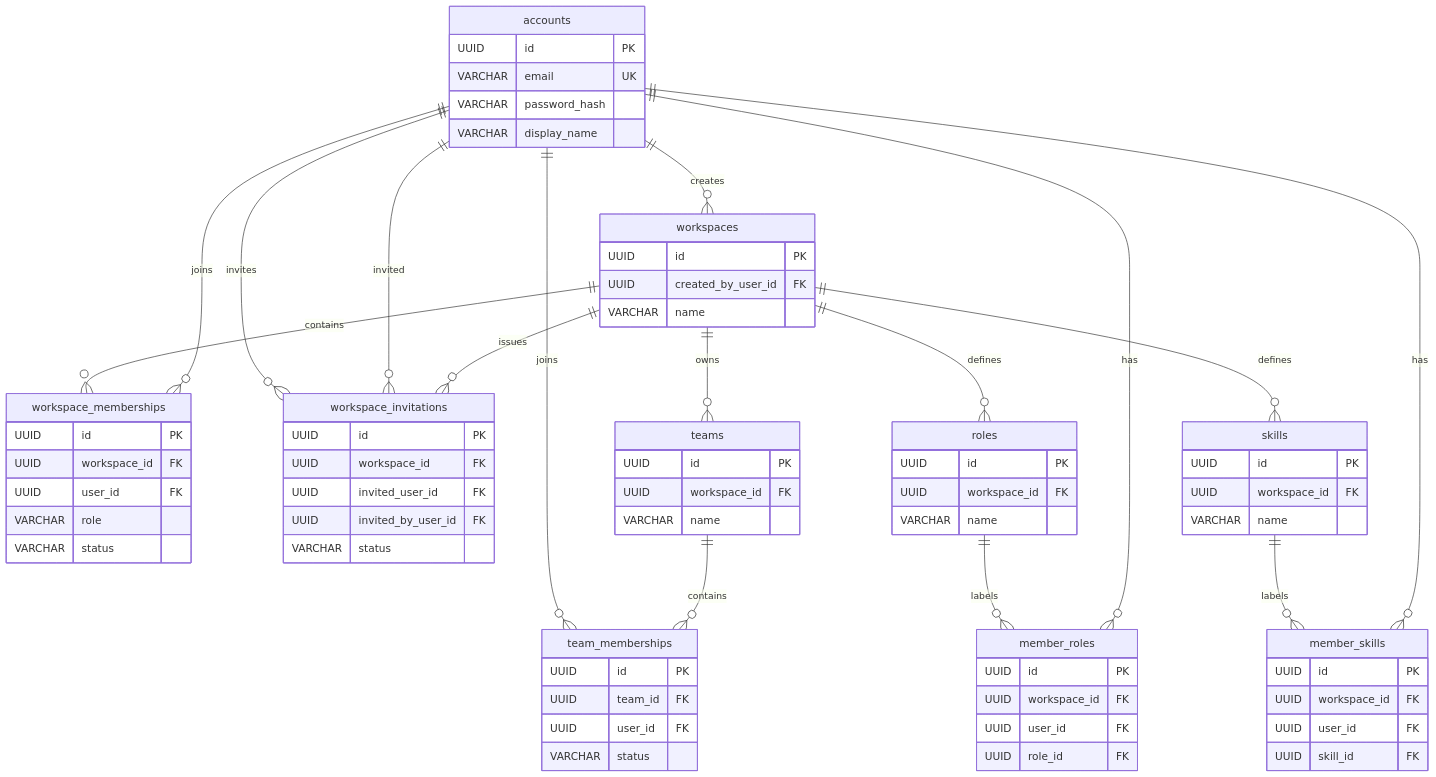
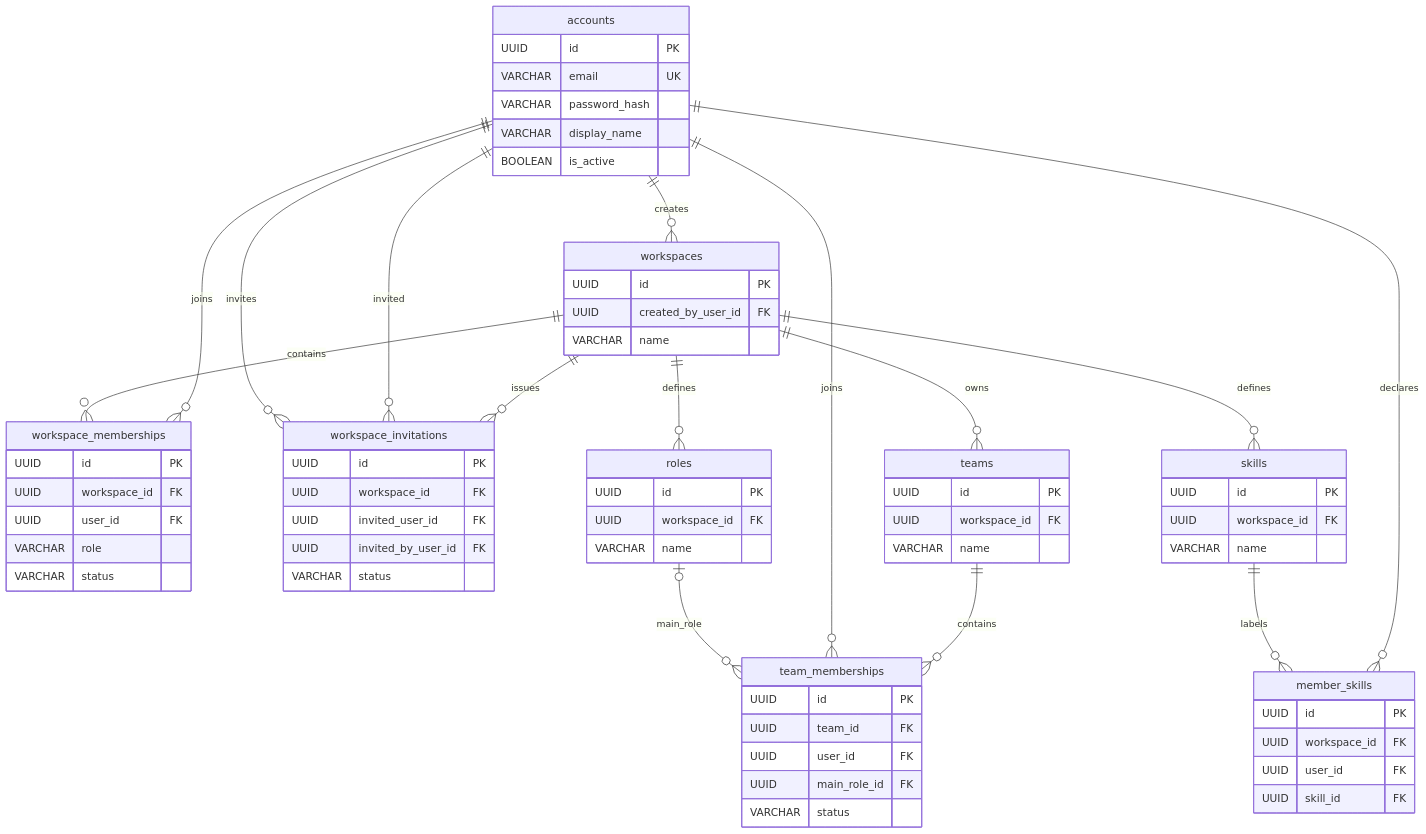
The first of 3 diagrams in docs/architecture/CWRM-11_ERD.md (KhoiTran2905/CWRM-platform), drawn with Mermaid before and after one commit. The commit also changed other lines of this file and 3 other files, not shown here.

````diff
--- a/docs/architecture/CWRM-11_ERD.md
+++ b/docs/architecture/CWRM-11_ERD.md
@@ -14,76 +16,71 @@
 ```mermaid
 erDiagram
     accounts {
         UUID id PK
         VARCHAR email UK
         VARCHAR password_hash
         VARCHAR display_name
+        BOOLEAN is_active
     }
     workspaces {
         UUID id PK
         UUID created_by_user_id FK
         VARCHAR name
     }
     workspace_memberships {
         UUID id PK
         UUID workspace_id FK
         UUID user_id FK
         VARCHAR role
         VARCHAR status
     }
     workspace_invitations {
         UUID id PK
         UUID workspace_id FK
         UUID invited_user_id FK
         UUID invited_by_user_id FK
         VARCHAR status
     }
     teams {
         UUID id PK
         UUID workspace_id FK
         VARCHAR name
     }
     team_memberships {
         UUID id PK
         UUID team_id FK
         UUID user_id FK
+        UUID main_role_id FK
         VARCHAR status
     }
     roles {
         UUID id PK
         UUID workspace_id FK
         VARCHAR name
     }
     skills {
         UUID id PK
         UUID workspace_id FK
         VARCHAR name
-    }
-    member_roles {
-        UUID id PK
-        UUID workspace_id FK
-        UUID user_id FK
-        UUID role_id FK
     }
     member_skills {
         UUID id PK
         UUID workspace_id FK
         UUID user_id FK
         UUID skill_id FK
     }
     accounts ||--o{ workspaces : creates
     accounts ||--o{ workspace_memberships : joins
     workspaces ||--o{ workspace_memberships : contains
     workspaces ||--o{ workspace_invitations : issues
     accounts ||--o{ workspace_invitations : invited
     accounts ||--o{ workspace_invitations : invites
     workspaces ||--o{ teams : owns
     teams ||--o{ team_memberships : contains
     accounts ||--o{ team_memberships : joins
     workspaces ||--o{ roles : defines
+    roles o|--o{ team_memberships : main_role
     workspaces ||--o{ skills : defines
-    accounts ||--o{ member_roles : has
-    roles ||--o{ member_roles : labels
-    accounts ||--o{ member_skills : has
+    accounts ||--o{ member_skills : declares
     skills ||--o{ member_skills : labels
 ```
````
